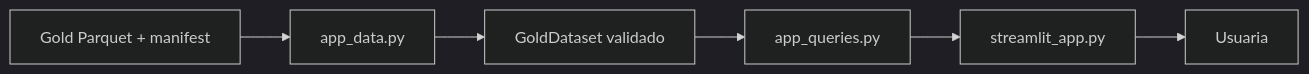
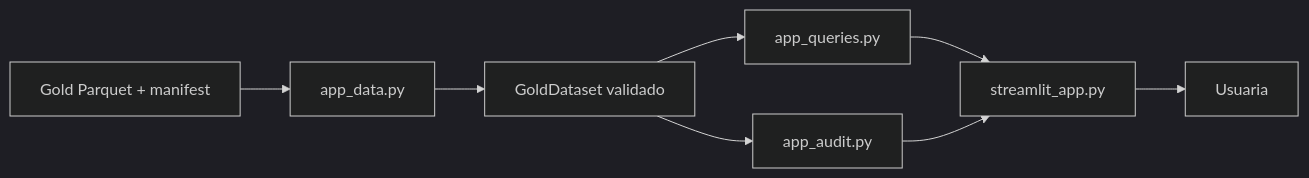
Before and after one commit to bererei/tfm-renewables-permitting-tracker: the diagram in docs/STREAMLIT_CODE_GUIDE.md, drawn with Mermaid (dark theme). The commit also changed other lines of this file and 13 other files, not shown here.

````diff
--- a/docs/STREAMLIT_CODE_GUIDE.md
+++ b/docs/STREAMLIT_CODE_GUIDE.md
@@ -29,8 +29,10 @@
 ```mermaid
 flowchart LR
     A[Gold Parquet + manifest] --> B[app_data.py]
     B --> C[GoldDataset validado]
     C --> D[app_queries.py]
+    C --> G[app_audit.py]
     D --> E[streamlit_app.py]
+    G --> E
     E --> F[Usuaria]
 ```
````
